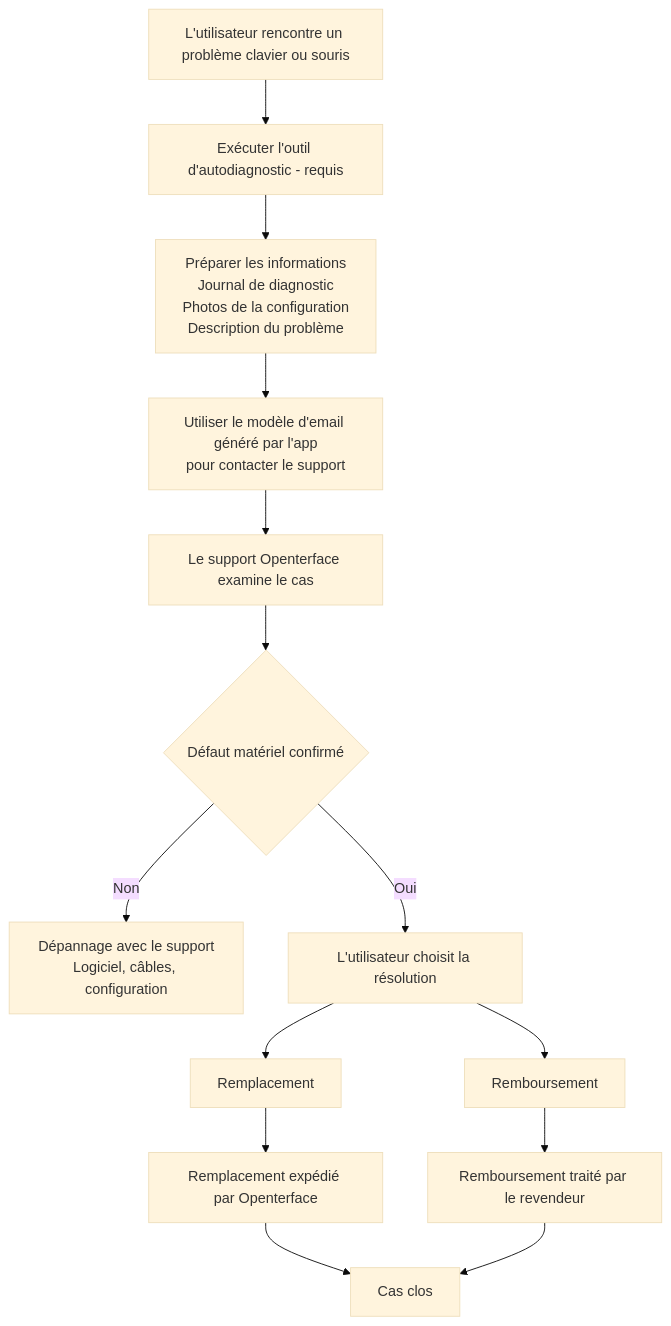
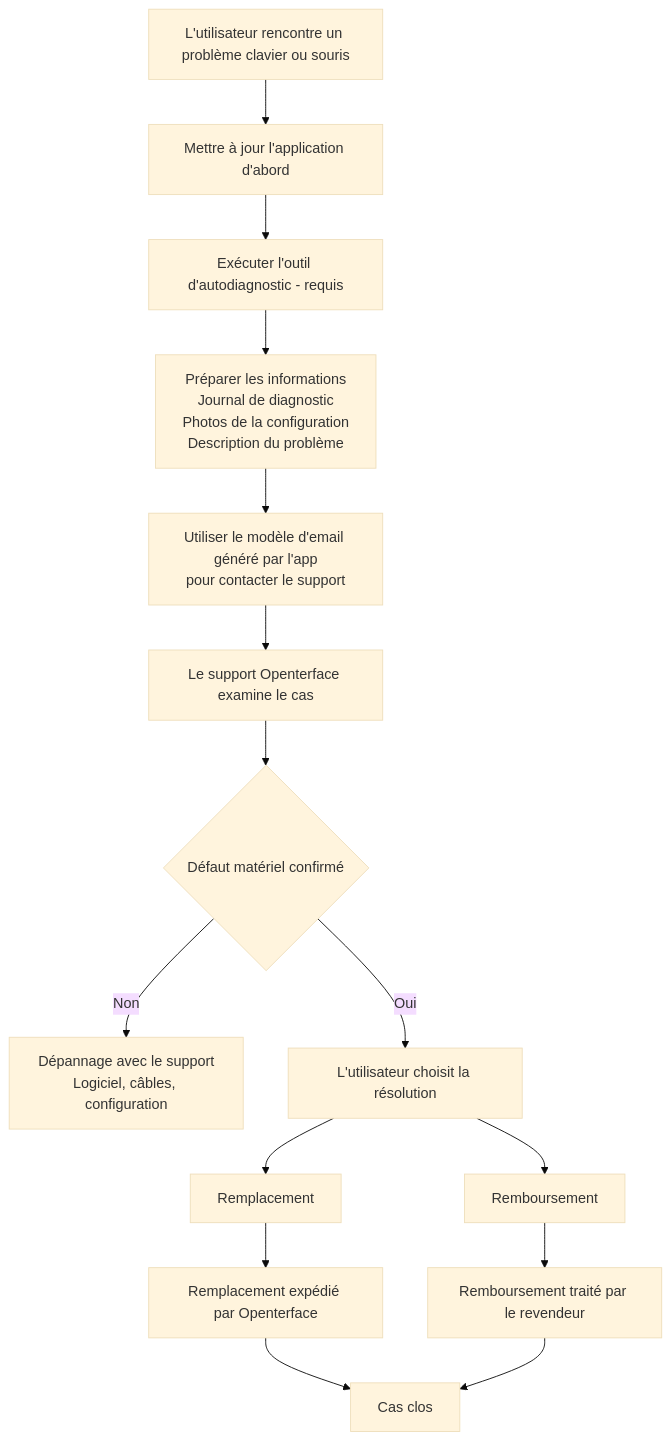
Before and after one commit to TechxArtisanStudio/Openterface: the diagram in docs/product/minikvm/support/mini-kvm-troubleshooting-and-support.fr.md, drawn with Mermaid (base theme). The commit also changed other lines of this file and 29 other files, not shown here.

````diff
--- a/docs/product/minikvm/support/mini-kvm-troubleshooting-and-support.fr.md
+++ b/docs/product/minikvm/support/mini-kvm-troubleshooting-and-support.fr.md
@@ -39,21 +39,22 @@
 ```mermaid
 flowchart TD
-    U[L'utilisateur rencontre un problème clavier ou souris] --> D[Exécuter l'outil d'autodiagnostic - requis]
+    U[L'utilisateur rencontre un problème clavier ou souris] --> A[Mettre à jour l'application d'abord]
+    A --> D[Exécuter l'outil d'autodiagnostic - requis]
 
     D --> P[Préparer les informations<br/>Journal de diagnostic<br/>Photos de la configuration<br/>Description du problème]
 
     P --> E[Utiliser le modèle d'email généré par l'app<br/>pour contacter le support]
 
     E --> S[Le support Openterface examine le cas]
 
     S --> R{Défaut matériel confirmé}
 
     R -- Non --> F[Dépannage avec le support<br/>Logiciel, câbles, configuration]
     R -- Oui --> C[L'utilisateur choisit la résolution]
 
     C --> Remplacement --> REP[Remplacement expédié par Openterface]
     C --> Remboursement --> REF[Remboursement traité par le revendeur]
 
     REP --> END[Cas clos]
     REF --> END
 ```
````
